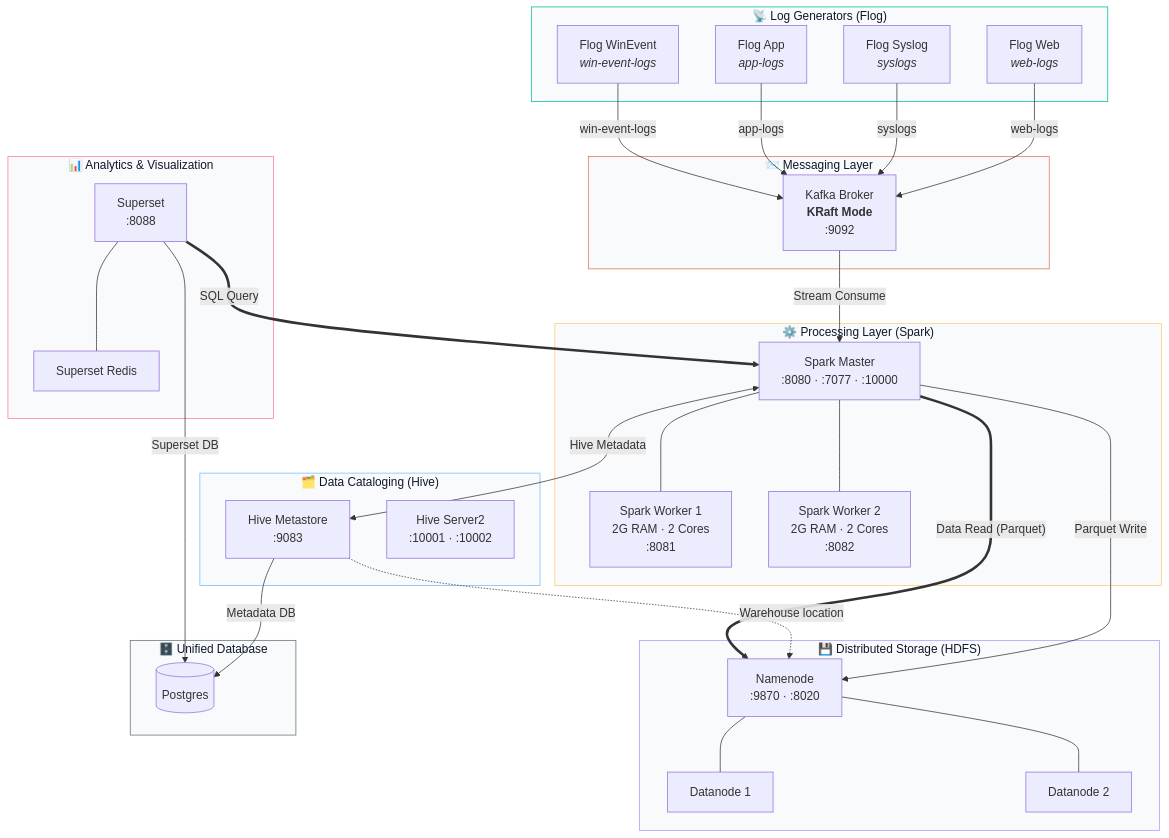
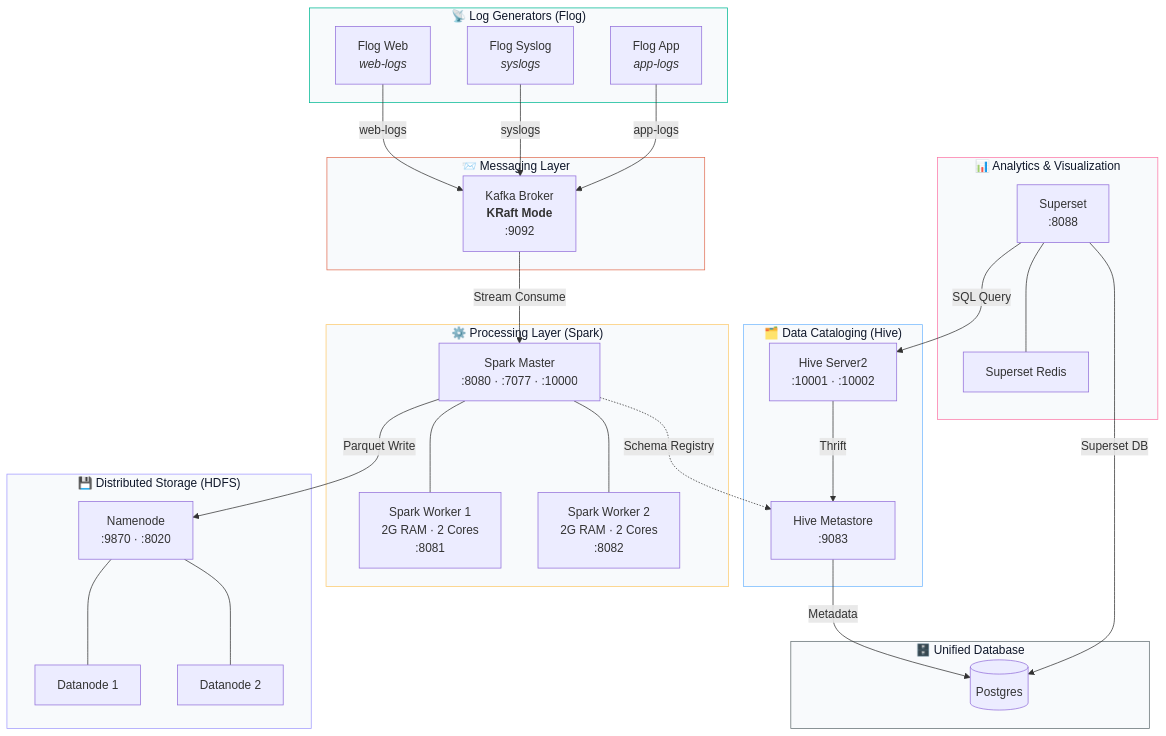
Before and after one commit to yusufarbc/Apache-BigData-SIEM: the diagram in README.md, drawn with Mermaid.

Commit message:
docs: auto-update architecture diagram from docker-compose.yml

````diff
--- a/README.md
+++ b/README.md
@@ -22,65 +22,62 @@
 ```mermaid
 graph TD
     subgraph FLOG["📡 Log Generators (Flog)"]
         FW["Flog Web<br/><i>web-logs</i>"]
         FS["Flog Syslog<br/><i>syslogs</i>"]
         FA["Flog App<br/><i>app-logs</i>"]
-        FE["Flog WinEvent<br/><i>win-event-logs</i>"]
     end
 
     subgraph KAFKA["📨 Messaging Layer"]
         KB["Kafka Broker<br/><b>KRaft Mode</b><br/>:9092"]
     end
 
     subgraph SPARK["⚙️ Processing Layer (Spark)"]
         SM["Spark Master<br/>:8080 · :7077 · :10000"]
         SW1["Spark Worker 1<br/>2G RAM · 2 Cores<br/>:8081"]
         SW2["Spark Worker 2<br/>2G RAM · 2 Cores<br/>:8082"]
     end
 
     subgraph HIVE["🗂️ Data Cataloging (Hive)"]
         HM["Hive Metastore<br/>:9083"]
         HS2["Hive Server2<br/>:10001 · :10002"]
     end
 
     subgraph HDFS["💾 Distributed Storage (HDFS)"]
         NN["Namenode<br/>:9870 · :8020"]
         DN1["Datanode 1"]
         DN2["Datanode 2"]
     end
 
     subgraph DB["🗄️ Unified Database"]
         PG[("Postgres")]
     end
 
     subgraph VIZ["📊 Analytics & Visualization"]
         SRED["Superset Redis"]
         SUP["Superset<br/>:8088"]
     end
 
     FW -->|"web-logs"| KB
     FS -->|"syslogs"| KB
     FA -->|"app-logs"| KB
-    FE -->|"win-event-logs"| KB
     KB -->|"Stream Consume"| SM
     SM --- SW1
     SM --- SW2
     SM -->|"Parquet Write"| NN
     NN --- DN1
     NN --- DN2
-    HM -->|"Metadata DB"| PG
-    HM -.->|"Warehouse location"| NN
+    HM -->|"Metadata"| PG
+    HS2 -->|"Thrift"| HM
+    SM -.->|"Schema Registry"| HM
     SUP -->|"Superset DB"| PG
-    SUP ==>|"SQL Query"| SM
-    SM ==>|"Data Read (Parquet)"| NN
-    SM <-->|"Hive Metadata"| HM
+    SUP -->|"SQL Query"| HS2
     SUP --- SRED
 
     style FLOG fill:#f8fafc,stroke:#00b894,color:#0f172a
     style KAFKA fill:#f8fafc,stroke:#e17055,color:#0f172a
     style SPARK fill:#f8fafc,stroke:#fdcb6e,color:#0f172a
     style HIVE fill:#f8fafc,stroke:#74b9ff,color:#0f172a
     style HDFS fill:#f8fafc,stroke:#a29bfe,color:#0f172a
     style DB fill:#f8fafc,stroke:#636e72,color:#0f172a
     style VIZ fill:#f8fafc,stroke:#fd79a8,color:#0f172a
 ```
````
